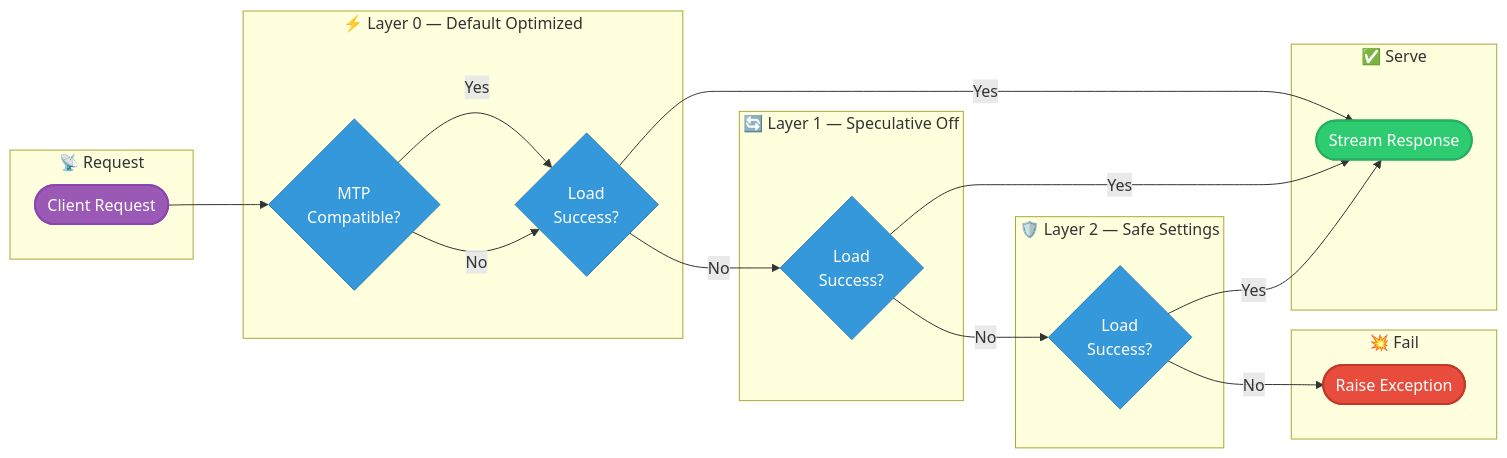
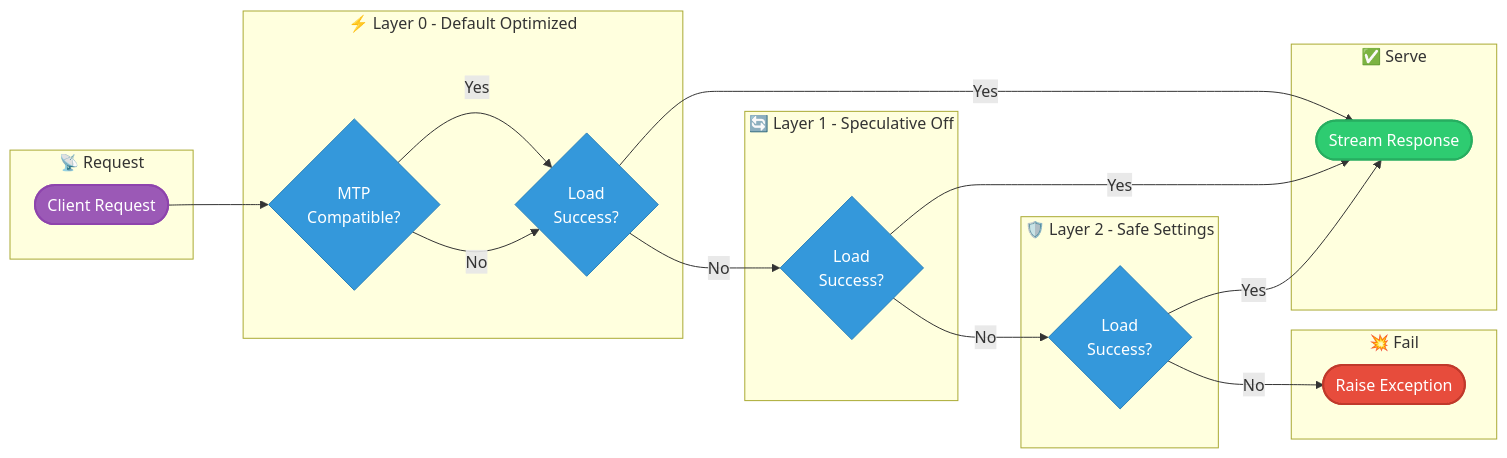
Before and after one commit to JMiahMan1/alpaca: the diagram in README.md, drawn with Mermaid. The commit also changed other lines of this file, not shown here.

````diff
--- a/README.md
+++ b/README.md
@@ -94,47 +94,47 @@
 ```mermaid
 flowchart LR
     subgraph Request ["📡 Request"]
         Start([Client Request])
     end
 
-    subgraph L0 ["⚡ Layer 0 — Default Optimized"]
+    subgraph L0 ["⚡ Layer 0 - Default Optimized"]
         L0Check{MTP<br/>Compatible?}
         L0Ok{Load<br/>Success?}
     end
 
-    subgraph L1 ["🔄 Layer 1 — Speculative Off"]
+    subgraph L1 ["🔄 Layer 1 - Speculative Off"]
         L1Check{Load<br/>Success?}
     end
 
-    subgraph L2 ["🛡️ Layer 2 — Safe Settings"]
+    subgraph L2 ["🛡️ Layer 2 - Safe Settings"]
         L2Check{Load<br/>Success?}
     end
 
     subgraph Done ["✅ Serve"]
         Served([Stream Response])
     end
 
     subgraph Fail ["💥 Fail"]
         Error([Raise Exception])
     end
 
     Start --> L0Check
     L0Check -->|Yes| L0Ok
     L0Check -->|No| L0Ok
     L0Ok -->|Yes| Served
     L0Ok -->|No| L1Check
     L1Check -->|Yes| Served
     L1Check -->|No| L2Check
     L2Check -->|Yes| Served
     L2Check -->|No| Error
 
     classDef success fill:#2ecc71,color:#fff,stroke:#27ae60,stroke-width:2px
     classDef fail fill:#e74c3c,color:#fff,stroke:#c0392b,stroke-width:2px
     classDef layer fill:#3498db,color:#fff,stroke:#2980b9,stroke-width:1px
     classDef startend fill:#9b59b6,color:#fff,stroke:#8e44ad,stroke-width:2px,rx:5,ry:5
 
     class Served success
     class Error fail
     class L0Check,L0Ok,L1Check,L2Check layer
     class Start startend
 ```
````
